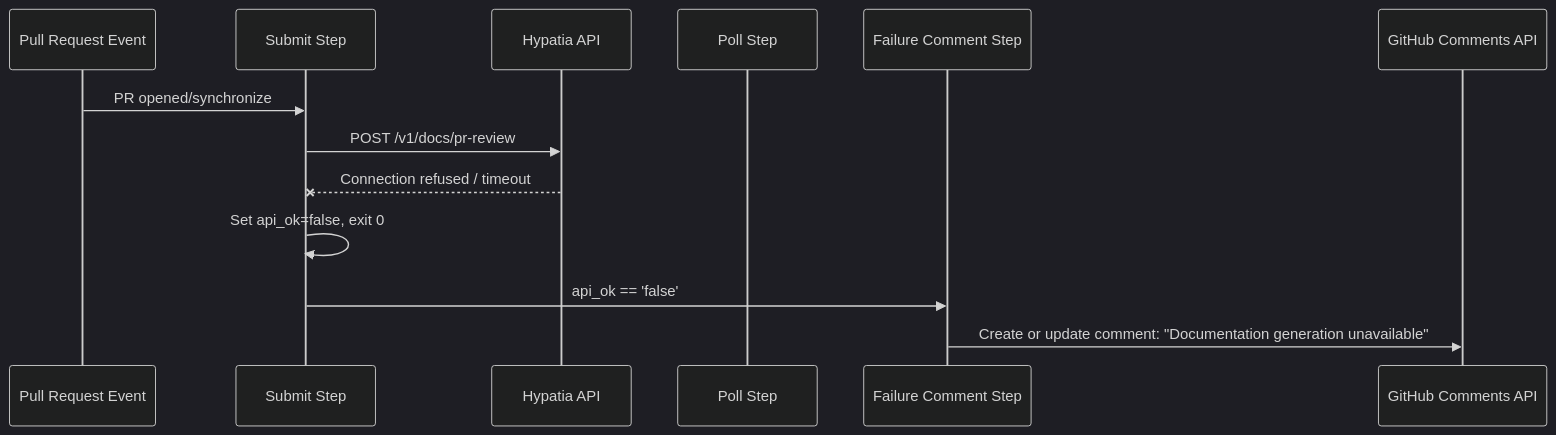
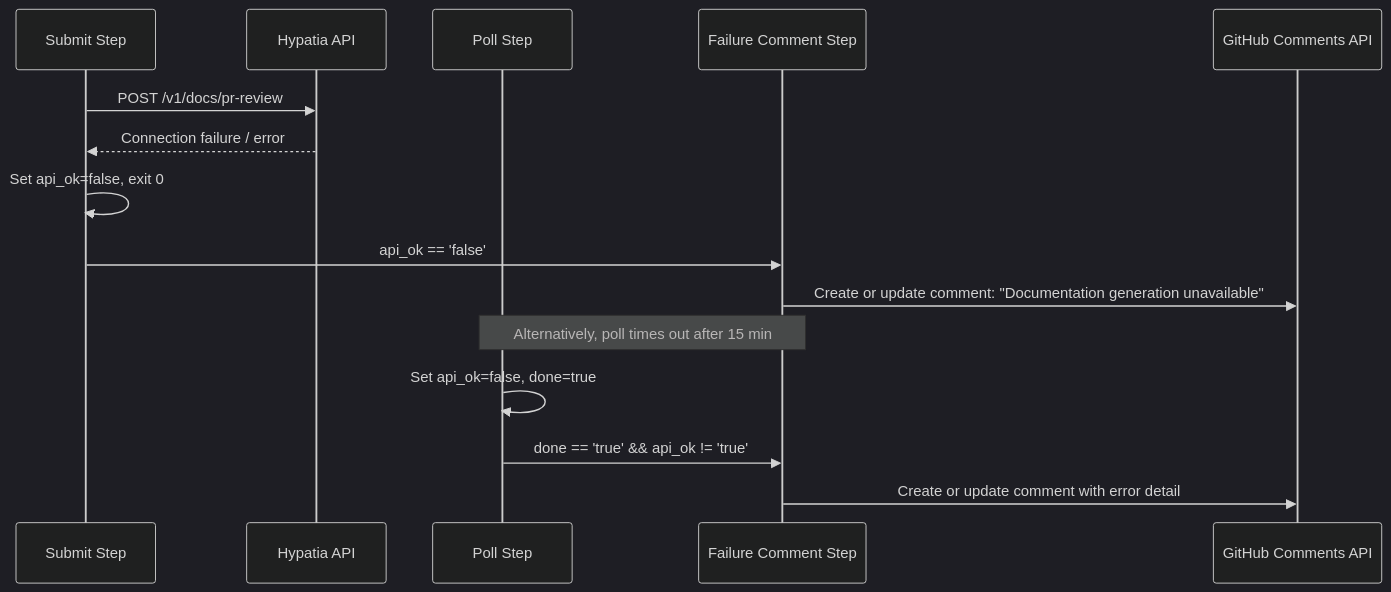
Before and after one commit to cornelisnetworks/opa-psm2-tests: the fourth of 4 diagrams in docs/.github-workflows.md, drawn with Mermaid (dark theme). The commit also changed other lines of this file and 1 other file, not shown here.

````diff
--- a/docs/.github-workflows.md
+++ b/docs/.github-workflows.md
@@ -85,16 +85,19 @@
 ```mermaid
 sequenceDiagram
-    participant PR as Pull Request Event
     participant Submit as Submit Step
     participant API as Hypatia API
     participant Poll as Poll Step
     participant Fail as Failure Comment Step
     participant GH as GitHub Comments API
 
-    PR->>Submit: PR opened/synchronize
     Submit->>API: POST /v1/docs/pr-review
-    API--xSubmit: Connection refused / timeout
+    API-->>Submit: Connection failure / error
     Submit->>Submit: Set api_ok=false, exit 0
     Submit->>Fail: api_ok == 'false'
     Fail->>GH: Create or update comment: "Documentation generation unavailable"
+
+    Note over Poll,Fail: Alternatively, poll times out after 15 min
+    Poll->>Poll: Set api_ok=false, done=true
+    Poll->>Fail: done == 'true' && api_ok != 'true'
+    Fail->>GH: Create or update comment with error detail
 ```
````
